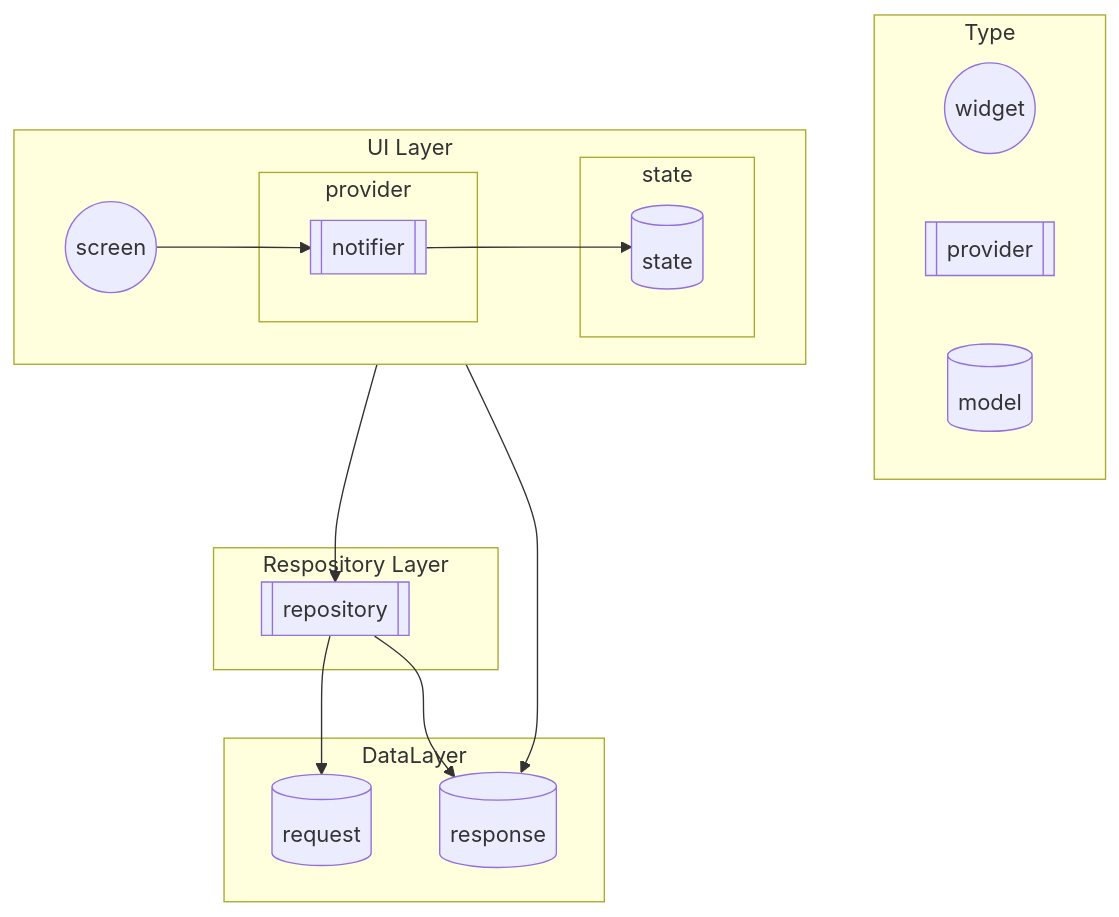
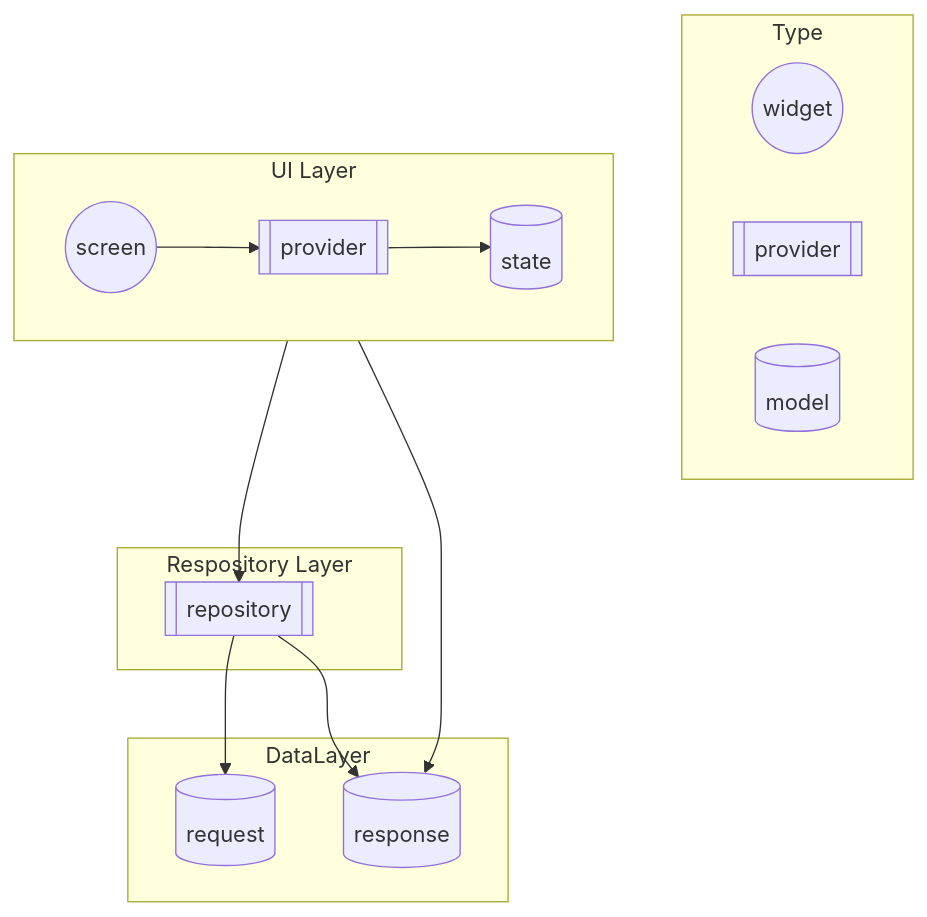
One commit to oyuno-hito/flutter-training changed the diagram in docs/ARCHTECTURE.md. Above: the diagram before and after it, drawn with Mermaid.

Commit message:
subgraphが冗長化していたので表記を簡素に修正

````diff
--- a/docs/ARCHTECTURE.md
+++ b/docs/ARCHTECTURE.md
@@ -1,38 +1,34 @@
 ```mermaid
 flowchart TB
 
 subgraph Type
 direction LR
 widgetType((widget))
 providerType[[provider]]
 modelType[(model)]
 end
 
 subgraph UI Layer
     direction LR
     screen((screen))
-    subgraph provider
-        notifier[[notifier]]
-    end
-    screen-->notifier
-    subgraph state
-        stateModel[(state)]
-    end
+    provider[[provider]]
+    screen-->provider
+    state[(state)]
 end
 
 subgraph Respository Layer
     repository[[repository]]
 end
 
 subgraph DataLayer
 request[(request)]
 response[(response)]
 end
 
-notifier-->stateModel
-stateModel-->response
+provider-->state
+state-->response
 repository-->response
 repository-->request
 
-notifier-->repository
+provider-->repository
 ```
````
